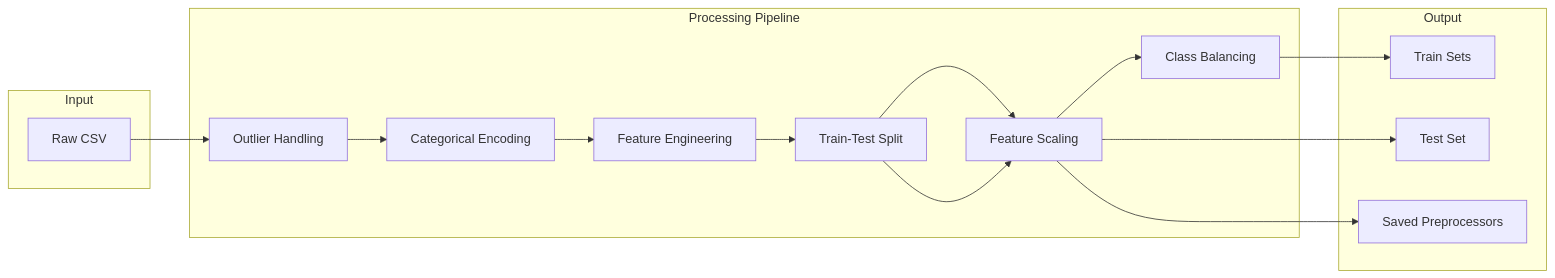
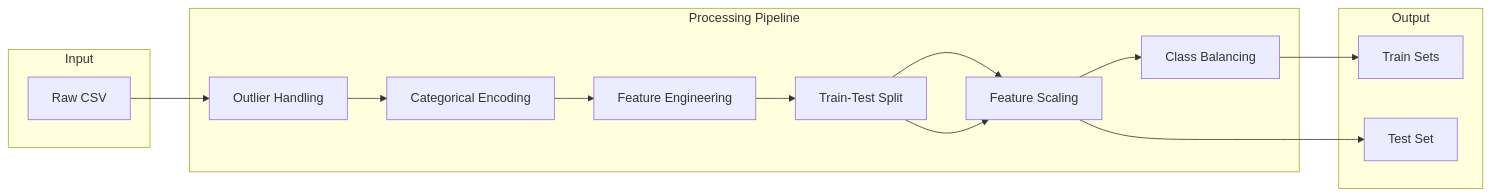
One commit to ziadalwazzan/ML-personal-loan-classification-models changed the diagram in docs/02_feature_engineering.md. Above: the diagram before and after it, drawn with Mermaid. The commit also changed other lines of this file and 3 other files, not shown here.

````diff
--- a/docs/02_feature_engineering.md
+++ b/docs/02_feature_engineering.md
@@ -9,26 +9,24 @@
 ```mermaid
 flowchart LR
     subgraph input [Input]
         Raw[Raw CSV]
     end
     
     subgraph processing [Processing Pipeline]
         Outlier[Outlier Handling]
         Encode[Categorical Encoding]
         Engineer[Feature Engineering]
         Split[Train-Test Split]
         Scale[Feature Scaling]
         Balance[Class Balancing]
     end
     
     subgraph output [Output]
         TrainData[Train Sets]
         TestData[Test Set]
-        Artifacts[Saved Preprocessors]
     end
     
     Raw --> Outlier --> Encode --> Engineer --> Split
     Split --> Scale --> Balance --> TrainData
     Split --> Scale --> TestData
-    Scale --> Artifacts
 ```
````
